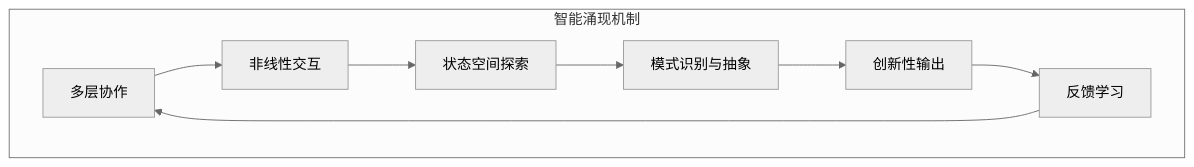
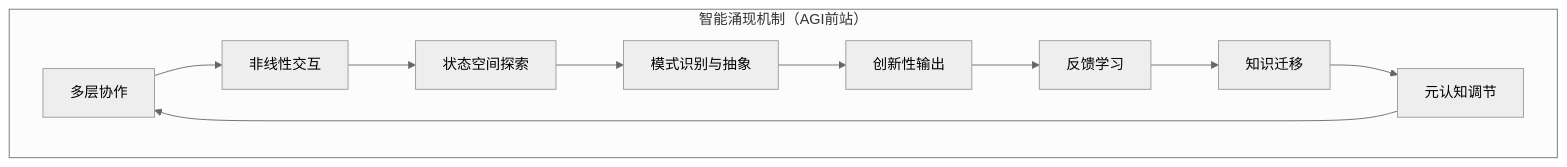
The second of 14 diagrams in 前言部分/从多智能体到AGI应用概念探索.md (youyoude/agi-app-dev-guide-book), drawn with Mermaid (neutral theme) before and after one commit. The commit also changed other lines of this file, not shown here.

````diff
--- a/前言部分/从多智能体到AGI应用概念探索.md
+++ b/前言部分/从多智能体到AGI应用概念探索.md
@@ -233,11 +207,13 @@
 ```mermaid
 graph TB
-    subgraph "智能涌现机制"
+    subgraph "智能涌现机制（AGI前站）"
         A[多层协作] --> B[非线性交互]
         B --> C[状态空间探索]
         C --> D[模式识别与抽象]
         D --> E[创新性输出]
         E --> F[反馈学习]
-        F --> A
+        F --> G[知识迁移]
+        G --> H[元认知调节]
+        H --> A
     end
 ```
````
